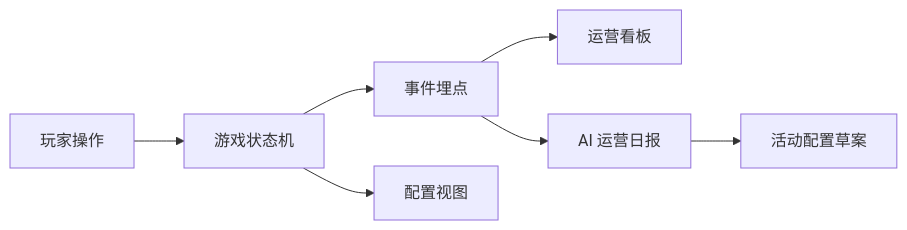
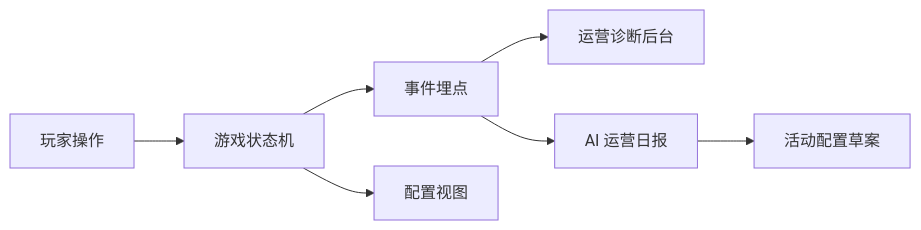
The diagram in docs/Architecture.md (Ey1afjalla/second-game), drawn with Mermaid before and after one commit. The commit also changed other lines of this file and 8 other files, not shown here.

````diff
--- a/docs/Architecture.md
+++ b/docs/Architecture.md
@@ -7,9 +7,9 @@
 ```mermaid
 flowchart LR
   Player["玩家操作"] --> Game["游戏状态机"]
   Game --> Events["事件埋点"]
-  Events --> Ops["运营看板"]
+  Events --> Ops["运营诊断后台"]
   Events --> Agent["AI 运营日报"]
   Game --> Config["配置视图"]
   Agent --> Draft["活动配置草案"]
 ```
````
